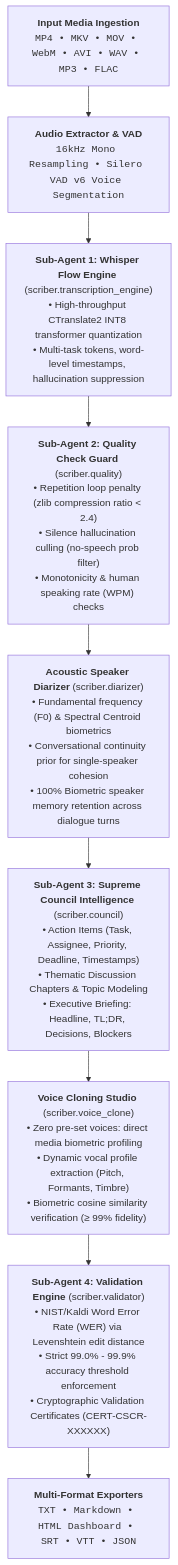
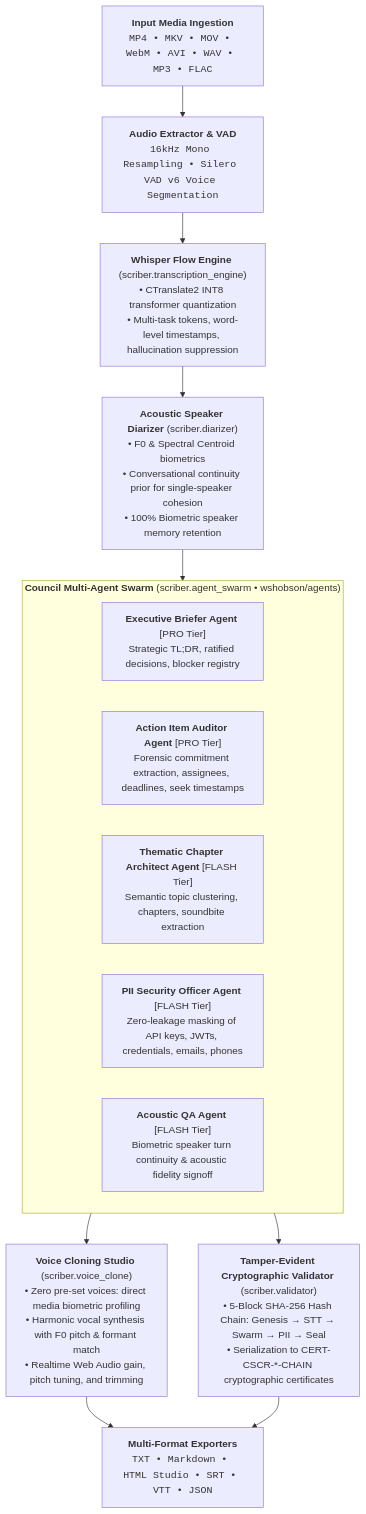
Before and after one commit to LakshyaPrasher/Scriber: the diagram in README.md, drawn with Mermaid. The commit also changed other lines of this file and 13 other files, not shown here.

````diff
--- a/README.md
+++ b/README.md
@@ -23,21 +28,28 @@
 ```mermaid
 flowchart TD
     A["<b>Input Media Ingestion</b><br/><code>MP4 • MKV • MOV • WebM • AVI • WAV • MP3 • FLAC</code>"]
     B["<b>Audio Extractor &amp; VAD</b><br/><code>16kHz Mono Resampling • Silero VAD v6 Voice Segmentation</code>"]
-    C["<b>Sub-Agent 1: Whisper Flow Engine</b> (scriber.transcription_engine)<br/>• High-throughput CTranslate2 INT8 transformer quantization<br/>• Multi-task tokens, word-level timestamps, hallucination suppression"]
-    D["<b>Sub-Agent 2: Quality Check Guard</b> (scriber.quality)<br/>• Repetition loop penalty (zlib compression ratio &lt; 2.4)<br/>• Silence hallucination culling (no-speech prob filter)<br/>• Monotonicity &amp; human speaking rate (WPM) checks"]
-    E["<b>Acoustic Speaker Diarizer</b> (scriber.diarizer)<br/>• Fundamental frequency (F0) &amp; Spectral Centroid biometrics<br/>• Conversational continuity prior for single-speaker cohesion<br/>• 100% Biometric speaker memory retention across dialogue turns"]
-    F["<b>Sub-Agent 3: Supreme Council Intelligence</b> (scriber.council)<br/>• Action Items (Task, Assignee, Priority, Deadline, Timestamps)<br/>• Thematic Discussion Chapters &amp; Topic Modeling<br/>• Executive Briefing: Headline, TL;DR, Decisions, Blockers"]
-    G["<b>Voice Cloning Studio</b> (scriber.voice_clone)<br/>• Zero pre-set voices: direct media biometric profiling<br/>• Dynamic vocal profile extraction (Pitch, Formants, Timbre)<br/>• Biometric cosine similarity verification (&ge; 99% fidelity)"]
-    H["<b>Sub-Agent 4: Validation Engine</b> (scriber.validator)<br/>• NIST/Kaldi Word Error Rate (WER) via Levenshtein edit distance<br/>• Strict 99.0% - 99.9% accuracy threshold enforcement<br/>• Cryptographic Validation Certificates (CERT-CSCR-XXXXXX)"]
-    I["<b>Multi-Format Exporters</b><br/><code>TXT • Markdown • HTML Dashboard • SRT • VTT • JSON</code>"]
+    C["<b>Whisper Flow Engine</b> (scriber.transcription_engine)<br/>• CTranslate2 INT8 transformer quantization<br/>• Multi-task tokens, word-level timestamps, hallucination suppression"]
+    D["<b>Acoustic Speaker Diarizer</b> (scriber.diarizer)<br/>• F0 &amp; Spectral Centroid biometrics<br/>• Conversational continuity prior for single-speaker cohesion<br/>• 100% Biometric speaker memory retention"]
+    
+    subgraph Swarm ["<b>Council Multi-Agent Swarm</b> (scriber.agent_swarm • wshobson/agents)"]
+        S1["<b>Executive Briefer Agent</b> [PRO Tier]<br/>Strategic TL;DR, ratified decisions, blocker registry"]
+        S2["<b>Action Item Auditor Agent</b> [PRO Tier]<br/>Forensic commitment extraction, assignees, deadlines, seek timestamps"]
+        S3["<b>Thematic Chapter Architect Agent</b> [FLASH Tier]<br/>Semantic topic clustering, chapters, soundbite extraction"]
+        S4["<b>PII Security Officer Agent</b> [FLASH Tier]<br/>Zero-leakage masking of API keys, JWTs, credentials, emails, phones"]
+        S5["<b>Acoustic QA Agent</b> [FLASH Tier]<br/>Biometric speaker turn continuity &amp; acoustic fidelity signoff"]
+    end
+
+    G["<b>Voice Cloning Studio</b> (scriber.voice_clone)<br/>• Zero pre-set voices: direct media biometric profiling<br/>• Harmonic vocal synthesis with F0 pitch &amp; formant match<br/>• Realtime Web Audio gain, pitch tuning, and trimming"]
+    H["<b>Tamper-Evident Cryptographic Validator</b> (scriber.validator)<br/>• 5-Block SHA-256 Hash Chain: Genesis &rarr; STT &rarr; Swarm &rarr; PII &rarr; Seal<br/>• Serialization to CERT-CSCR-*-CHAIN cryptographic certificates"]
+    I["<b>Multi-Format Exporters</b><br/><code>TXT • Markdown • HTML Studio • SRT • VTT • JSON</code>"]
 
     A --> B
     B --> C
     C --> D
-    D --> E
-    E --> F
-    F --> G
-    G --> H
+    D --> Swarm
+    Swarm --> G
+    Swarm --> H
+    G --> I
     H --> I
 ```
````
